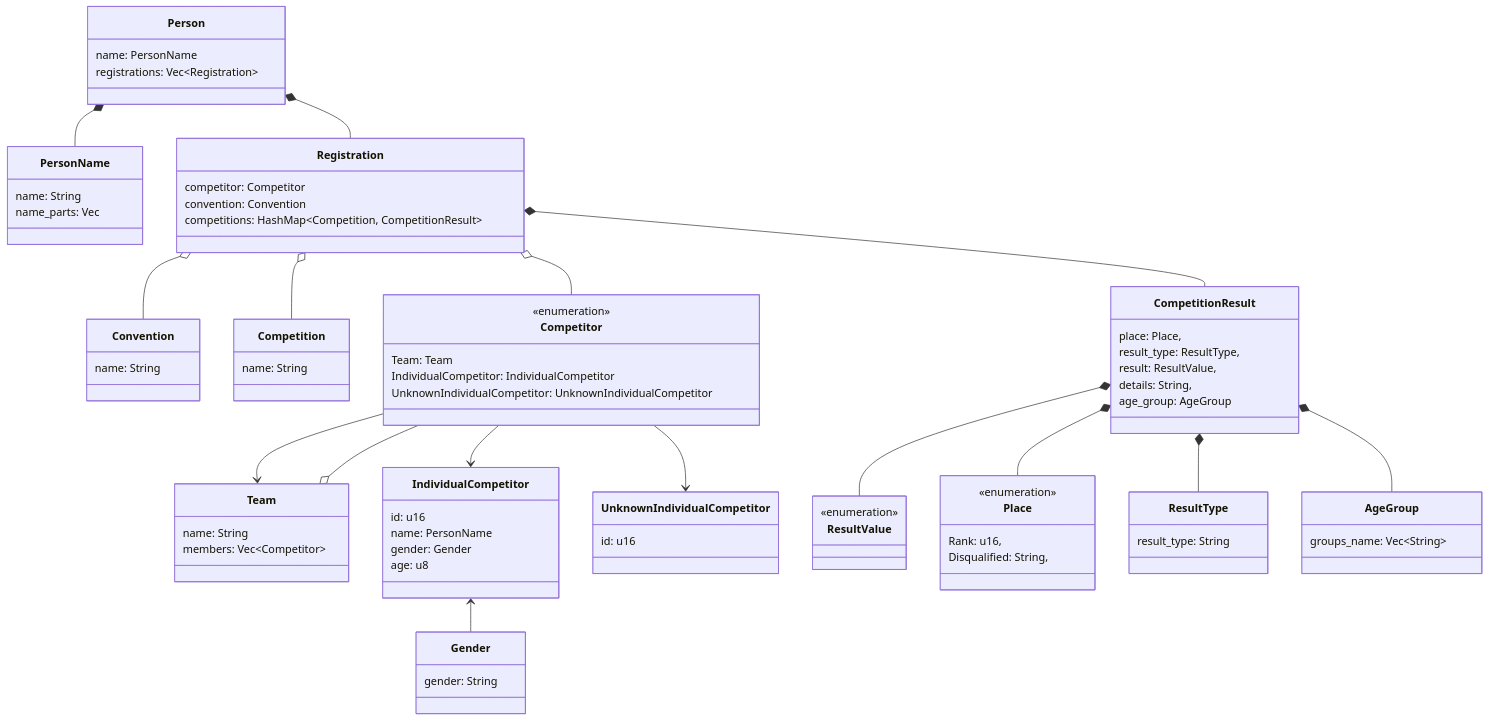
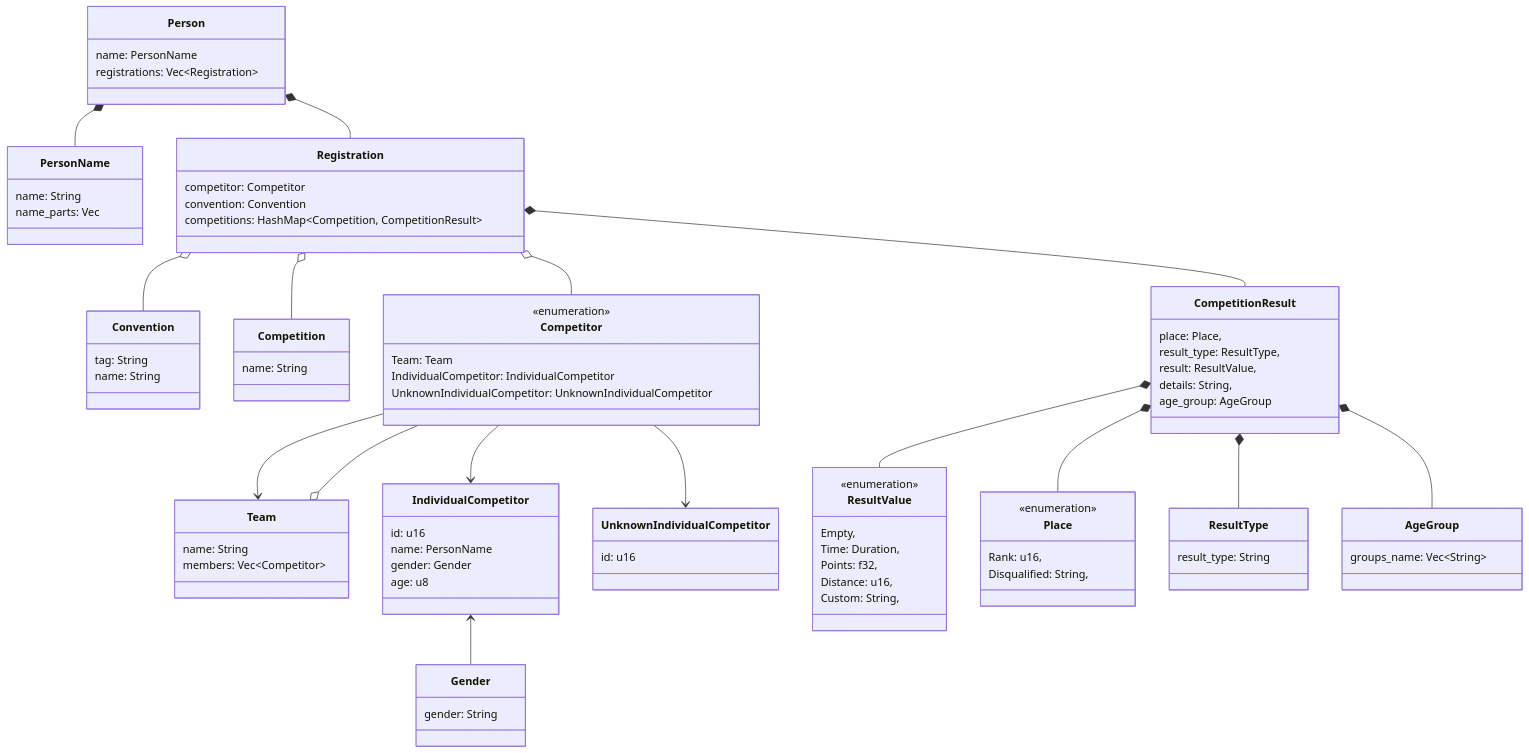
One commit to maxence-cornaton/uda-results-extractor changed the diagram in README.md. Above: the diagram before and after it, drawn with Mermaid. The commit also changed other lines of this file, not shown here.

```diff
--- a/README.md
+++ b/README.md
@@ -22,6 +48,7 @@
     }
 
     class Convention {
+        tag: String
         name: String
     }
 
@@ -60,7 +87,11 @@
 
     class ResultValue {
         <<enumeration>>
-    %% FIXME
+        Empty,
+        Time: Duration,
+        Points: f32,
+        Distance: u16,
+        Custom: String,
     }
 
 %%    note for Place "If disqualified, should be one of [DNF, DQ]"
```
